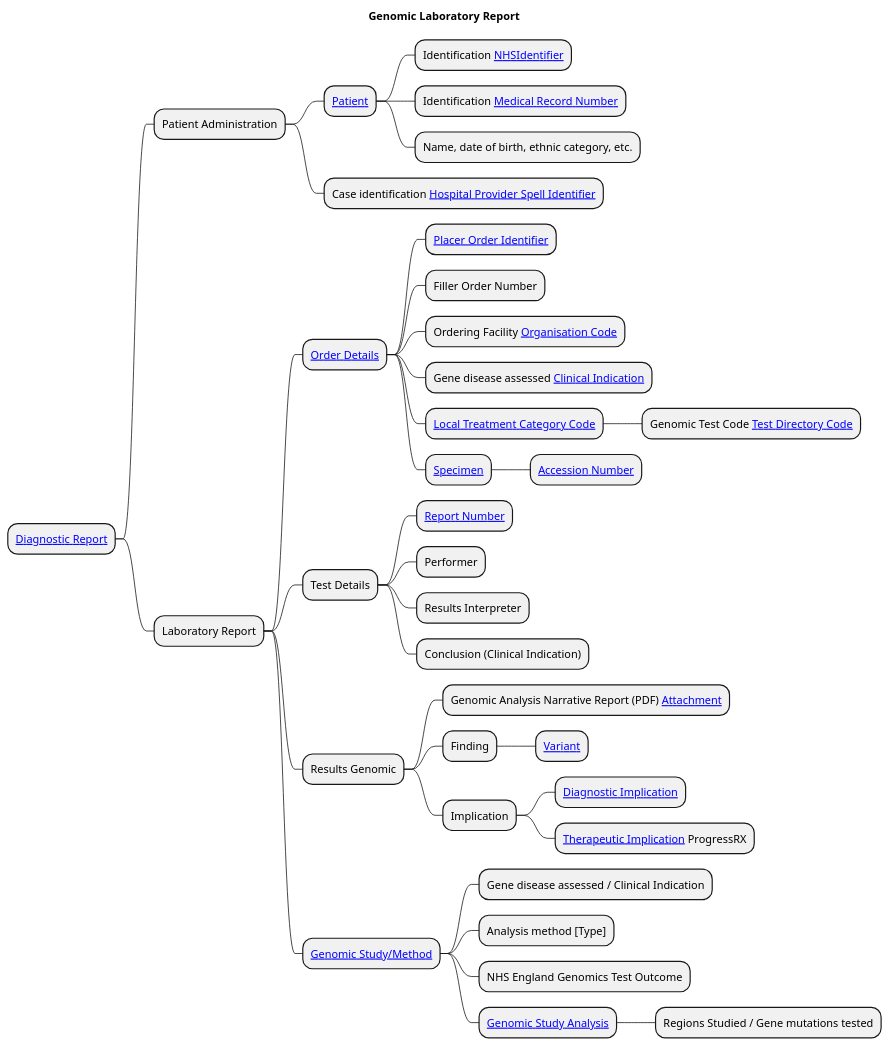
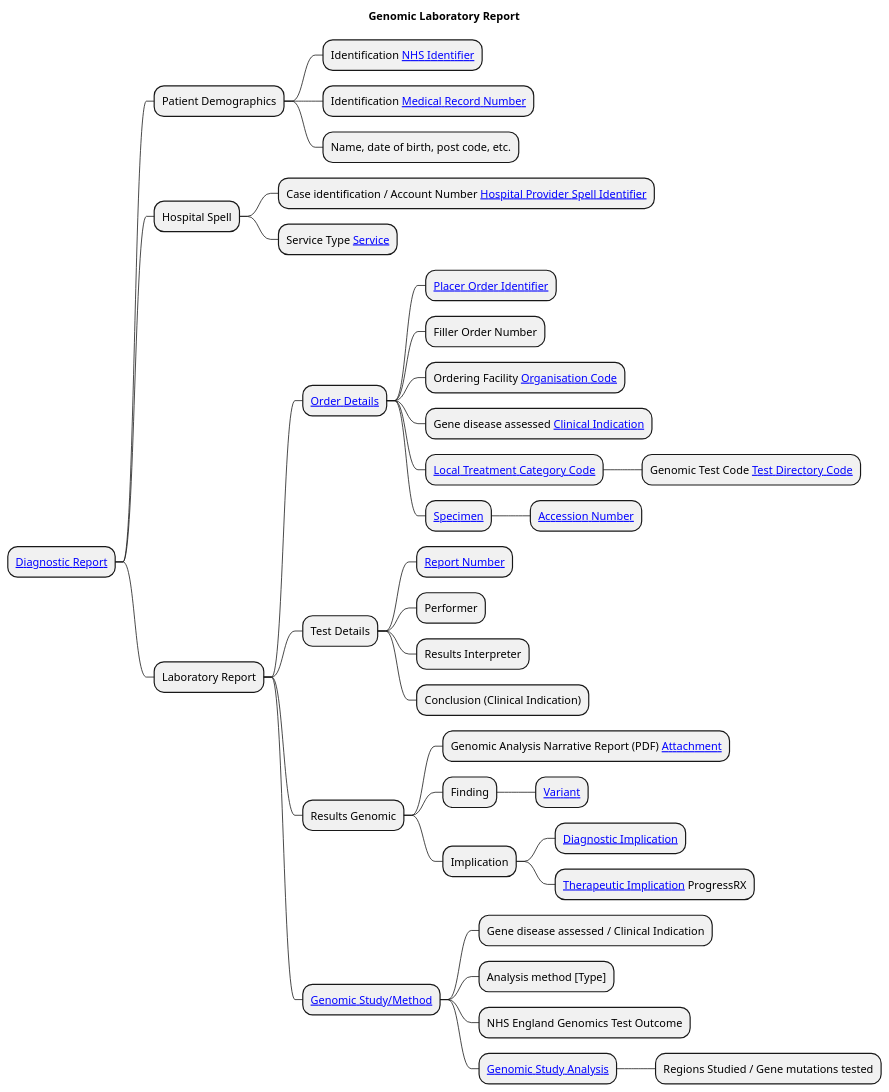
The diagram in input/images-source/LaboratoryReport-mindmap.plantuml (uk-gov-mirror/nw-gmsa.nw-gmsa.github.com), drawn with PlantUML before and after one commit. The commit also changed 3 other files, not shown here.

Commit message:
SPR comaptiable architecture?

```diff
--- a/input/images-source/LaboratoryReport-mindmap.plantuml
+++ b/input/images-source/LaboratoryReport-mindmap.plantuml
@@ -1,41 +1,42 @@
 @startmindmap
 
 title "Genomic Laboratory Report"
 
 * [[StructureDefinition-DiagnosticReport.html Diagnostic Report]]
-** Patient Administration
-*** [[StructureDefinition-Patient.html Patient]]
-**** Identification [[StructureDefinition-NHSIdentifier.html NHSIdentifier]]
-**** Identification [[StructureDefinition-MedicalRecordNumber.html Medical Record Number]]
-**** Name, date of birth, ethnic category, etc.
-*** Case identification [[StructureDefinition-HospitalProviderSpellIdentifier.html Hospital Provider Spell Identifier]]
+** Patient Demographics
+*** Identification [[StructureDefinition-NHSIdentifier.html NHS Identifier]]
+*** Identification [[StructureDefinition-MedicalRecordNumber.html Medical Record Number]]
+*** Name, date of birth, post code, etc.
+** Hospital Spell
+*** Case identification / Account Number [[StructureDefinition-HospitalProviderSpellIdentifier.html Hospital Provider Spell Identifier]]
+*** Service Type [[ValueSet-service.html Service]]
 ** Laboratory Report
 *** [[Questionnaire-GenomicTestOrder.html Order Details]]
 **** [[StructureDefinition-OrderIdentifier.html Placer Order Identifier]]
 **** Filler Order Number
 **** Ordering Facility [[StructureDefinition-OrganisationCode.html Organisation Code]]
 **** Gene disease assessed [[CodeSystem-GenomicClinicalIndication.html Clinical Indication]]
 **** [[https://www.datadictionary.nhs.uk/data_elements/local_treatment_category_code.html Local Treatment Category Code]]
 ***** Genomic Test Code [[CodeSystem-GenomicTestCode.html Test Directory Code]]
 **** [[StructureDefinition-Specimen.html Specimen]]
 ***** [[StructureDefinition-AccessionNumber.html Accession Number]]
 *** Test Details
 **** [[StructureDefinition-ReportNumber.html Report Number]]
 **** Performer
 **** Results Interpreter
 **** Conclusion (Clinical Indication)
 *** Results Genomic
 **** Genomic Analysis Narrative Report (PDF) [[StructureDefinition-NWAttachment.html Attachment]]
 **** Finding
 ***** [[#variant Variant]]
 **** Implication
 ***** [[#diagnostic-implication Diagnostic Implication]]
 ***** [[#implications Therapeutic Implication]] ProgressRX
 *** [[#genomic-study Genomic Study/Method]]
 **** Gene disease assessed / Clinical Indication
 **** Analysis method [Type]
 **** NHS England Genomics Test Outcome
 **** [[#genomic-study-analysis Genomic Study Analysis]]
 ***** Regions Studied / Gene mutations tested
 
 @endmindmap
```
